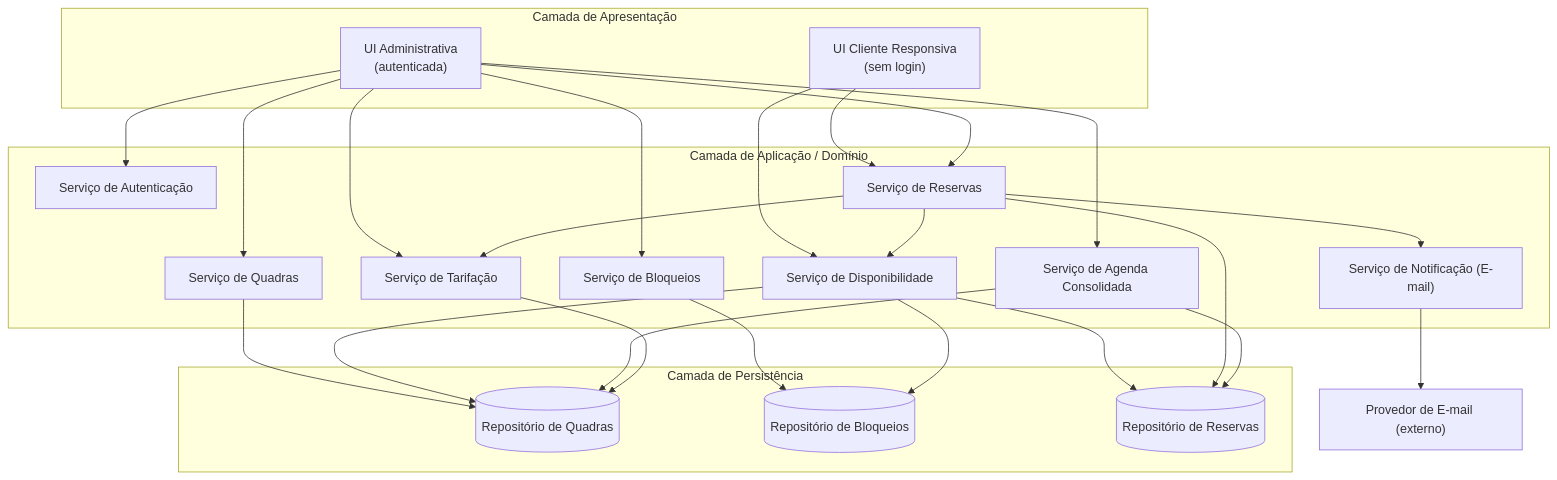
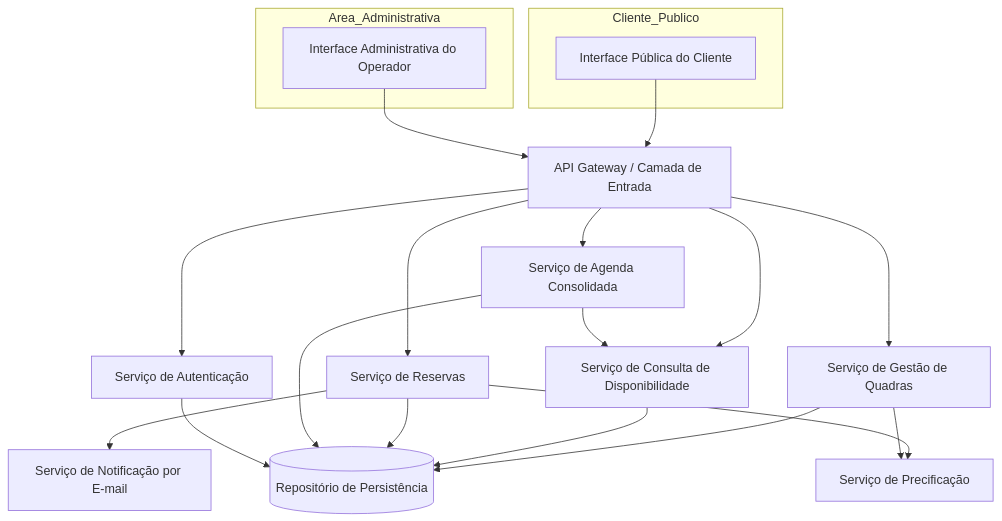
Before and after one commit to PDC-ESIA/AI4ES: the first of 4 diagrams in docs/Time_2_Design/analise-qualitativa/outputs/relatorio_claude_opus_4_8_P05.md, drawn with Mermaid. The commit also changed other lines of this file and 93 other files, not shown here.

````diff
--- a/docs/Time_2_Design/analise-qualitativa/outputs/relatorio_claude_opus_4_8_P05.md
+++ b/docs/Time_2_Design/analise-qualitativa/outputs/relatorio_claude_opus_4_8_P05.md
@@ -26,49 +26,37 @@
 ```mermaid
 graph TD
-    subgraph Cliente_Final["Camada de Apresentação"]
-        UICliente["UI Cliente Responsiva<br/>(sem login)"]
-        UIOperador["UI Administrativa<br/>(autenticada)"]
+    subgraph Cliente_Publico
+        UIC[Interface Pública do Cliente]
+    end
+    subgraph Area_Administrativa
+        UIA[Interface Administrativa do Operador]
     end
 
-    subgraph Backend["Camada de Aplicação / Domínio"]
-        AuthService["Serviço de Autenticação"]
-        QuadraService["Serviço de Quadras"]
-        BloqueioService["Serviço de Bloqueios"]
-        DisponibilidadeService["Serviço de Disponibilidade"]
-        ReservaService["Serviço de Reservas"]
-        AgendaService["Serviço de Agenda Consolidada"]
-        TarifacaoService["Serviço de Tarifação"]
-        NotificacaoService["Serviço de Notificação (E-mail)"]
-    end
+    GW[API Gateway / Camada de Entrada]
+    AUTH[Serviço de Autenticação]
+    QRY[Serviço de Consulta de Disponibilidade]
+    RES[Serviço de Reservas]
+    QUA[Serviço de Gestão de Quadras]
+    AGD[Serviço de Agenda Consolidada]
+    NOT[Serviço de Notificação por E-mail]
+    PRC[Serviço de Precificação]
 
-    subgraph Persistencia["Camada de Persistência"]
-        RepoQuadra[("Repositório de Quadras")]
-        RepoBloqueio[("Repositório de Bloqueios")]
-        RepoReserva[("Repositório de Reservas")]
-    end
+    REPO[(Repositório de Persistência)]
 
-    ProvedorEmail["Provedor de E-mail (externo)"]
-
-    UICliente --> DisponibilidadeService
-    UICliente --> ReservaService
-    UIOperador --> AuthService
-    UIOperador --> QuadraService
-    UIOperador --> BloqueioService
-    UIOperador --> AgendaService
-    UIOperador --> ReservaService
-    UIOperador --> TarifacaoService
-
-    QuadraService --> RepoQuadra
-    BloqueioService --> RepoBloqueio
-    DisponibilidadeService --> RepoQuadra
-    DisponibilidadeService --> RepoBloqueio
-    DisponibilidadeService --> RepoReserva
-    ReservaService --> RepoReserva
-    ReservaService --> DisponibilidadeService
-    ReservaService --> TarifacaoService
-    ReservaService --> NotificacaoService
-    AgendaService --> RepoReserva
-    AgendaService --> RepoQuadra
-    TarifacaoService --> RepoQuadra
-    NotificacaoService --> ProvedorEmail
+    UIC --> GW
+    UIA --> GW
+    GW --> AUTH
+    GW --> QRY
+    GW --> RES
+    GW --> QUA
+    GW --> AGD
+    QUA --> REPO
+    QRY --> REPO
+    RES --> REPO
+    AGD --> REPO
+    RES --> NOT
+    RES --> PRC
+    QUA --> PRC
+    AGD --> QRY
+    AUTH --> REPO
 ```
````
